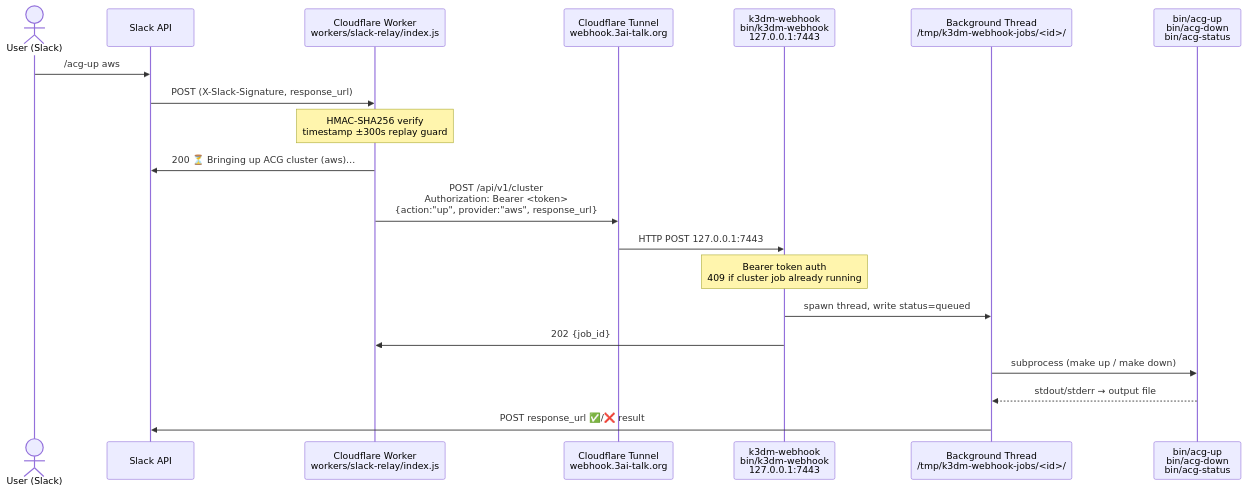
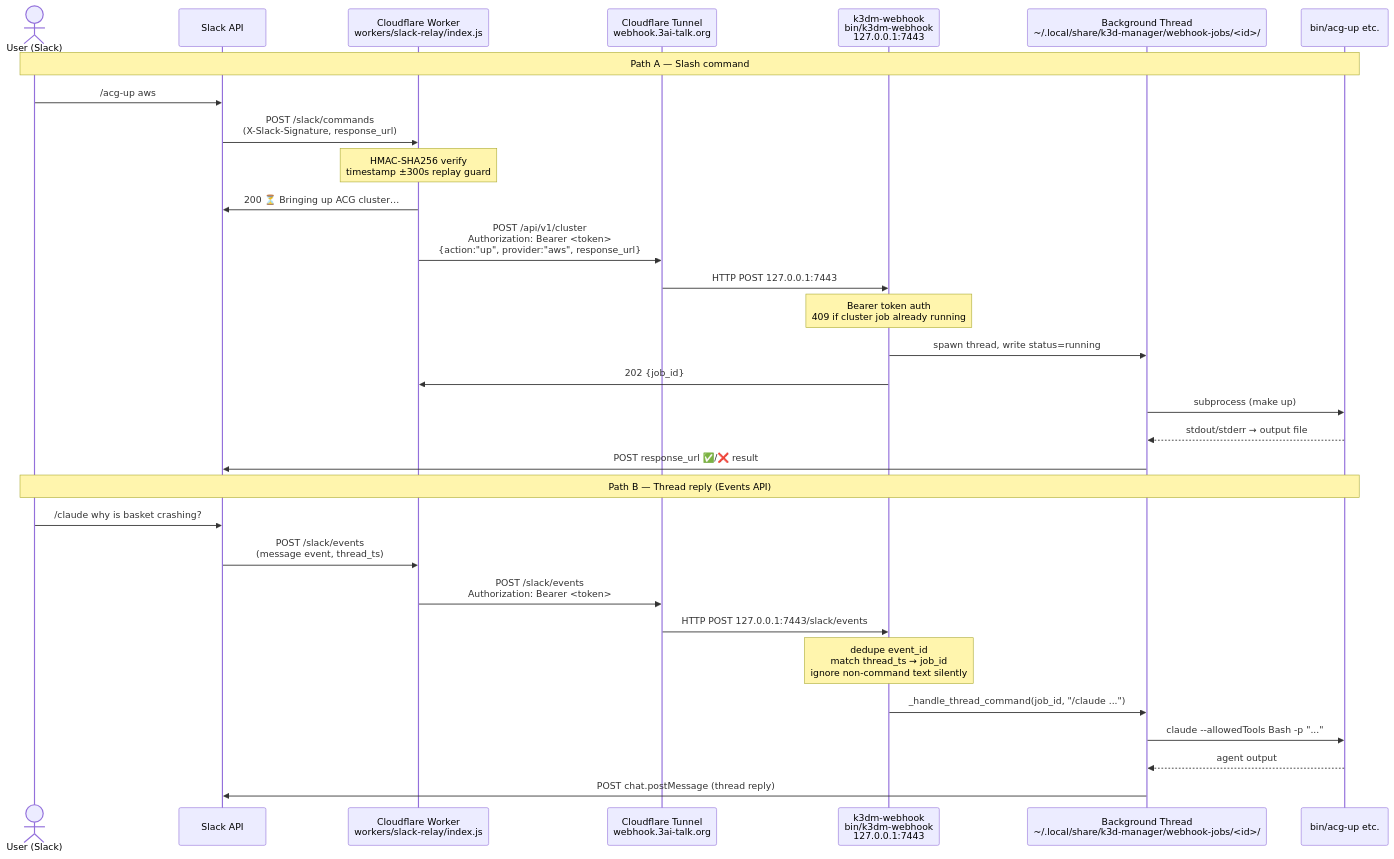
One commit to wilddog64/k3d-manager changed the second of 2 diagrams in docs/architecture/cloudflare-slack-relay.md. Above: the diagram before and after it, drawn with Mermaid. The commit also changed other lines of this file and 68 other files, not shown here.

First line of the commit message:
feat(webhook): Slack Events API thread commands, Prometheus auth, ACG screenshot archival (#93)

````diff
--- a/docs/architecture/cloudflare-slack-relay.md
+++ b/docs/architecture/cloudflare-slack-relay.md
@@ -68,23 +71,35 @@
 ```mermaid
 sequenceDiagram
     actor User as User (Slack)
     participant Slack as Slack API
     participant Worker as Cloudflare Worker<br/>workers/slack-relay/index.js
     participant Tunnel as Cloudflare Tunnel<br/>webhook.3ai-talk.org
     participant WH as k3dm-webhook<br/>bin/k3dm-webhook<br/>127.0.0.1:7443
-    participant Job as Background Thread<br/>/tmp/k3dm-webhook-jobs/<id>/
-    participant Bin as bin/acg-up<br/>bin/acg-down<br/>bin/acg-status
+    participant Job as Background Thread<br/>~/.local/share/k3d-manager/webhook-jobs/<id>/
+    participant Bin as bin/acg-up etc.
 
+    note over User,Bin: Path A — Slash command
     User->>Slack: /acg-up aws
-    Slack->>Worker: POST (X-Slack-Signature, response_url)
+    Slack->>Worker: POST /slack/commands<br/>(X-Slack-Signature, response_url)
     Note over Worker: HMAC-SHA256 verify<br/>timestamp ±300s replay guard
-    Worker->>Slack: 200 ⏳ Bringing up ACG cluster (aws)…
+    Worker->>Slack: 200 ⏳ Bringing up ACG cluster…
     Worker->>Tunnel: POST /api/v1/cluster<br/>Authorization: Bearer <token><br/>{action:"up", provider:"aws", response_url}
     Tunnel->>WH: HTTP POST 127.0.0.1:7443
     Note over WH: Bearer token auth<br/>409 if cluster job already running
-    WH->>Job: spawn thread, write status=queued
+    WH->>Job: spawn thread, write status=running
     WH->>Worker: 202 {job_id}
-    Job->>Bin: subprocess (make up / make down)
+    Job->>Bin: subprocess (make up)
     Bin-->>Job: stdout/stderr → output file
     Job->>Slack: POST response_url ✅/❌ result
+
+    note over User,Bin: Path B — Thread reply (Events API)
+    User->>Slack: /claude why is basket crashing?
+    Slack->>Worker: POST /slack/events<br/>(message event, thread_ts)
+    Worker->>Tunnel: POST /slack/events<br/>Authorization: Bearer <token>
+    Tunnel->>WH: HTTP POST 127.0.0.1:7443/slack/events
+    Note over WH: dedupe event_id<br/>match thread_ts → job_id<br/>ignore non-command text silently
+    WH->>Job: _handle_thread_command(job_id, "/claude ...")
+    Job->>Bin: claude --allowedTools Bash -p "..."
+    Bin-->>Job: agent output
+    Job->>Slack: POST chat.postMessage (thread reply)
 ```
````
